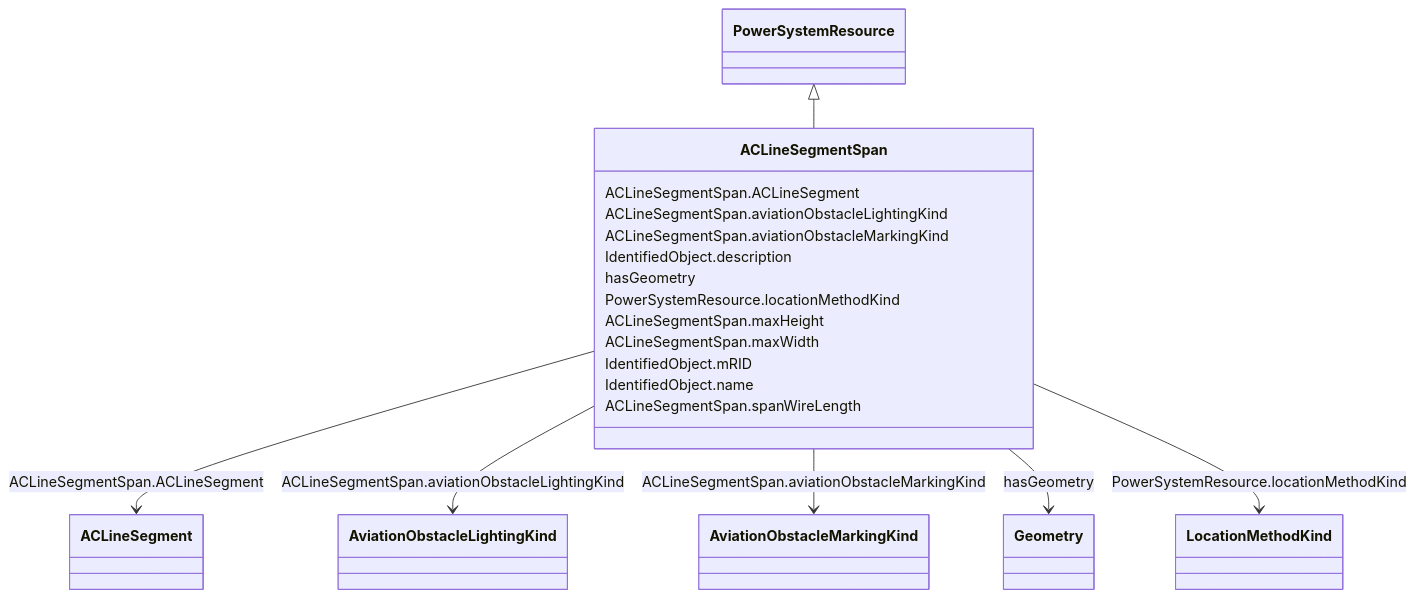
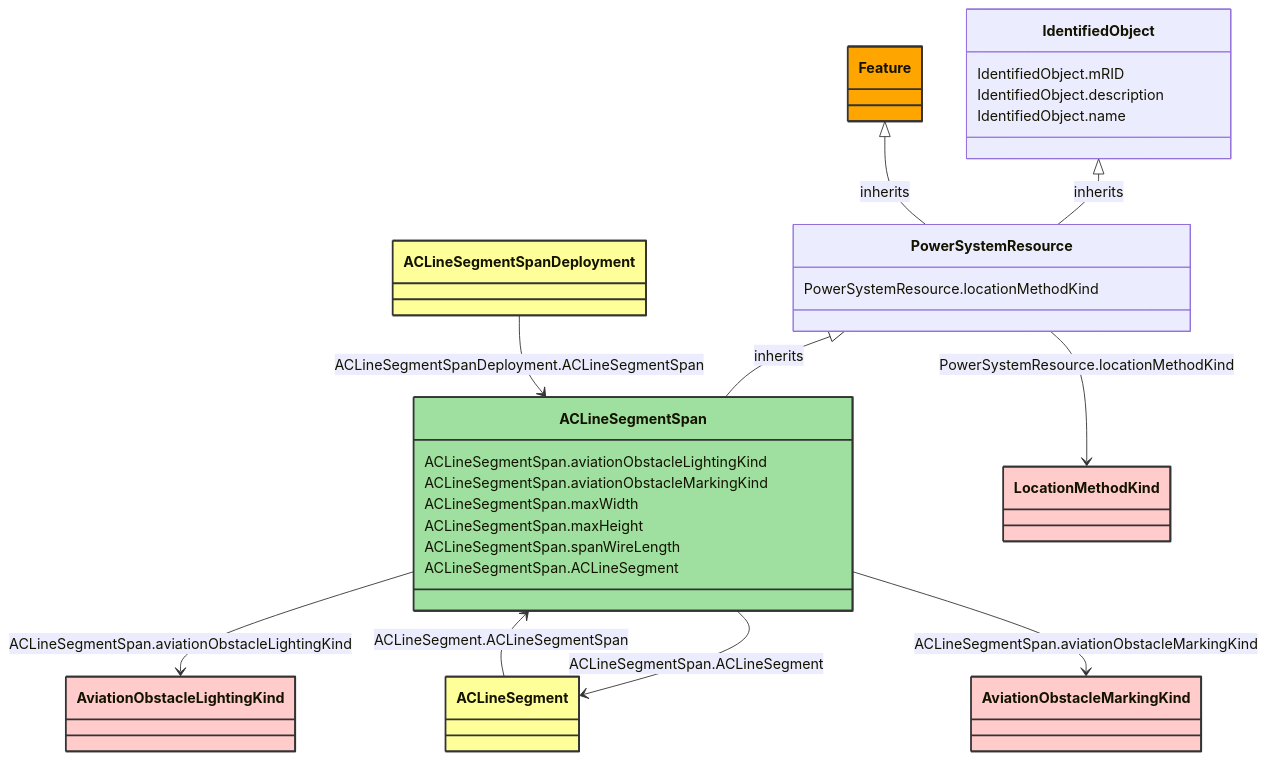
Before and after one commit to 3lbits/NoCIMExtensions: the diagram in docs/AviationObstacle/ACLineSegmentSpan.md, drawn with Mermaid. The commit also changed other lines of this file and 177 other files, not shown here.

````diff
--- a/docs/AviationObstacle/ACLineSegmentSpan.md
+++ b/docs/AviationObstacle/ACLineSegmentSpan.md
@@ -16,46 +8,67 @@
 ```mermaid
- classDiagram
+classDiagram
     class ACLineSegmentSpan
-    click ACLineSegmentSpan href "../ACLineSegmentSpan"
-      PowerSystemResource <|-- ACLineSegmentSpan
-        click PowerSystemResource href "../PowerSystemResource"
-      
-      ACLineSegmentSpan : ACLineSegmentSpan.ACLineSegment
-        
-          ACLineSegmentSpan --> ACLineSegment : ACLineSegmentSpan.ACLineSegment
-          click ACLineSegment href "../ACLineSegment"
-        
-      ACLineSegmentSpan : ACLineSegmentSpan.aviationObstacleLightingKind
-        
-          ACLineSegmentSpan --> AviationObstacleLightingKind : ACLineSegmentSpan.aviationObstacleLightingKind
-          click AviationObstacleLightingKind href "../AviationObstacleLightingKind"
-        
-      ACLineSegmentSpan : ACLineSegmentSpan.aviationObstacleMarkingKind
-        
-          ACLineSegmentSpan --> AviationObstacleMarkingKind : ACLineSegmentSpan.aviationObstacleMarkingKind
-          click AviationObstacleMarkingKind href "../AviationObstacleMarkingKind"
-        
-      ACLineSegmentSpan : IdentifiedObject.description
-        
-      ACLineSegmentSpan : hasGeometry
-        
-          ACLineSegmentSpan --> Geometry : hasGeometry
-          click Geometry href "../Geometry"
-        
-      ACLineSegmentSpan : PowerSystemResource.locationMethodKind
-        
-          ACLineSegmentSpan --> LocationMethodKind : PowerSystemResource.locationMethodKind
-          click LocationMethodKind href "../LocationMethodKind"
-        
-      ACLineSegmentSpan : ACLineSegmentSpan.maxHeight
-        
-      ACLineSegmentSpan : ACLineSegmentSpan.maxWidth
-        
-      ACLineSegmentSpan : IdentifiedObject.mRID
-        
-      ACLineSegmentSpan : IdentifiedObject.name
-        
-      ACLineSegmentSpan : ACLineSegmentSpan.spanWireLength
-        
-      
+    click ACLineSegmentSpan href "/AviationObstacle/ACLineSegmentSpan/"
+    style ACLineSegmentSpan fill:#9fdf9f,stroke:#333,stroke-width:2px,rx:10,ry:10
+
+        PowerSystemResource <|-- ACLineSegmentSpan : inherits
+            click PowerSystemResource href "/AviationObstacle/PowerSystemResource/"
+            style PowerSystemResource rx:10,ry:10
+
+        ACLineSegmentSpan
+            click ACLineSegmentSpan href "/AviationObstacle/ACLineSegmentSpan/"
+            style ACLineSegmentSpan rx:10,ry:10
+
+        IdentifiedObject <|-- PowerSystemResource : inherits
+            click IdentifiedObject href "/AviationObstacle/IdentifiedObject/"
+            style IdentifiedObject rx:10,ry:10
+
+        Feature <|-- PowerSystemResource : inherits
+            click Feature href "/AviationObstacle/Feature/"
+            style Feature fill:#FFA500,stroke:#333,stroke-width:2px,rx:10,ry:10
+
+        ACLineSegmentSpan --> ACLineSegment : ACLineSegmentSpan.ACLineSegment
+
+        ACLineSegment
+            click ACLineSegment href "/AviationObstacle/ACLineSegment/"
+            style ACLineSegment fill:#ffff99,stroke:#333,stroke-width:2px,rx:10,ry:10
+
+        ACLineSegment --> ACLineSegmentSpan : ACLineSegment.ACLineSegmentSpan
+
+        ACLineSegment
+            click ACLineSegment href "/AviationObstacle/ACLineSegment/"
+            style ACLineSegment fill:#ffff99,stroke:#333,stroke-width:2px,rx:10,ry:10
+
+        ACLineSegmentSpanDeployment --> ACLineSegmentSpan : ACLineSegmentSpanDeployment.ACLineSegmentSpan
+
+        ACLineSegmentSpanDeployment
+            click ACLineSegmentSpanDeployment href "/AviationObstacle/ACLineSegmentSpanDeployment/"
+            style ACLineSegmentSpanDeployment fill:#ffff99,stroke:#333,stroke-width:2px,rx:10,ry:10
+
+        ACLineSegmentSpan --> AviationObstacleLightingKind : ACLineSegmentSpan.aviationObstacleLightingKind
+
+        AviationObstacleLightingKind
+            click AviationObstacleLightingKind href "/AviationObstacle/AviationObstacleLightingKind/"
+            style AviationObstacleLightingKind fill:#FFCCCB,stroke:#333,stroke-width:2px,rx:10,ry:10
+        ACLineSegmentSpan --> AviationObstacleMarkingKind : ACLineSegmentSpan.aviationObstacleMarkingKind
+
+        AviationObstacleMarkingKind
+            click AviationObstacleMarkingKind href "/AviationObstacle/AviationObstacleMarkingKind/"
+            style AviationObstacleMarkingKind fill:#FFCCCB,stroke:#333,stroke-width:2px,rx:10,ry:10
+        PowerSystemResource --> LocationMethodKind : PowerSystemResource.locationMethodKind
+
+        LocationMethodKind
+            click LocationMethodKind href "/AviationObstacle/LocationMethodKind/"
+            style LocationMethodKind fill:#FFCCCB,stroke:#333,stroke-width:2px,rx:10,ry:10
+
+        ACLineSegmentSpan : ACLineSegmentSpan.aviationObstacleLightingKind
+        ACLineSegmentSpan : ACLineSegmentSpan.aviationObstacleMarkingKind
+        ACLineSegmentSpan : ACLineSegmentSpan.maxWidth
+        ACLineSegmentSpan : ACLineSegmentSpan.maxHeight
+        ACLineSegmentSpan : ACLineSegmentSpan.spanWireLength
+        ACLineSegmentSpan : ACLineSegmentSpan.ACLineSegment
+        PowerSystemResource : PowerSystemResource.locationMethodKind
+        IdentifiedObject : IdentifiedObject.mRID
+        IdentifiedObject : IdentifiedObject.description
+        IdentifiedObject : IdentifiedObject.name
 ```
````
